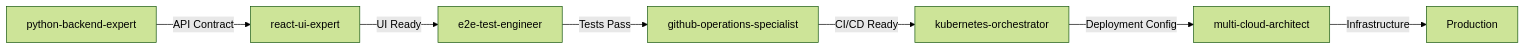
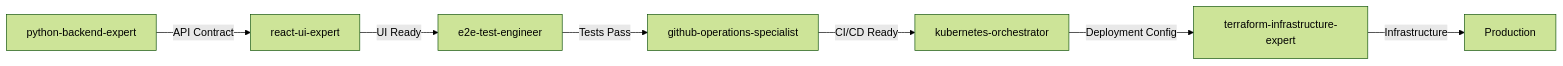
Before and after one commit to rafeekpro/ClaudeAutoPM: the first of 4 diagrams in autopm/.claude/rules/agent-coordination.md, drawn with Mermaid (forest theme). The commit also changed other lines of this file, not shown here.

````diff
--- a/autopm/.claude/rules/agent-coordination.md
+++ b/autopm/.claude/rules/agent-coordination.md
@@ -240,9 +240,9 @@
 ```mermaid
 graph LR
   A[python-backend-expert] -->|API Contract| B[react-ui-expert]
   B -->|UI Ready| C[e2e-test-engineer]
   C -->|Tests Pass| D[github-operations-specialist]
   D -->|CI/CD Ready| E[kubernetes-orchestrator]
-  E -->|Deployment Config| F[multi-cloud-architect]
+  E -->|Deployment Config| F[terraform-infrastructure-expert]
   F -->|Infrastructure| G[Production]
 ```
````
